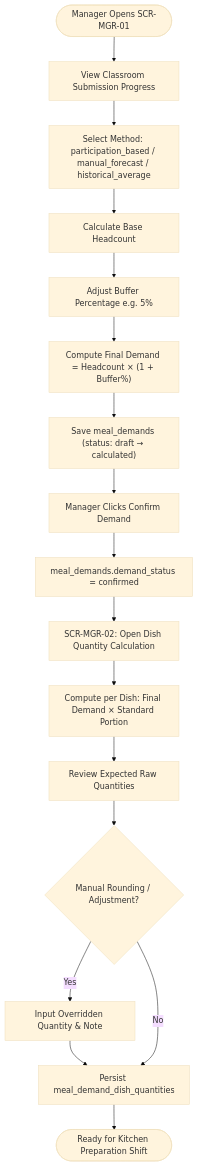
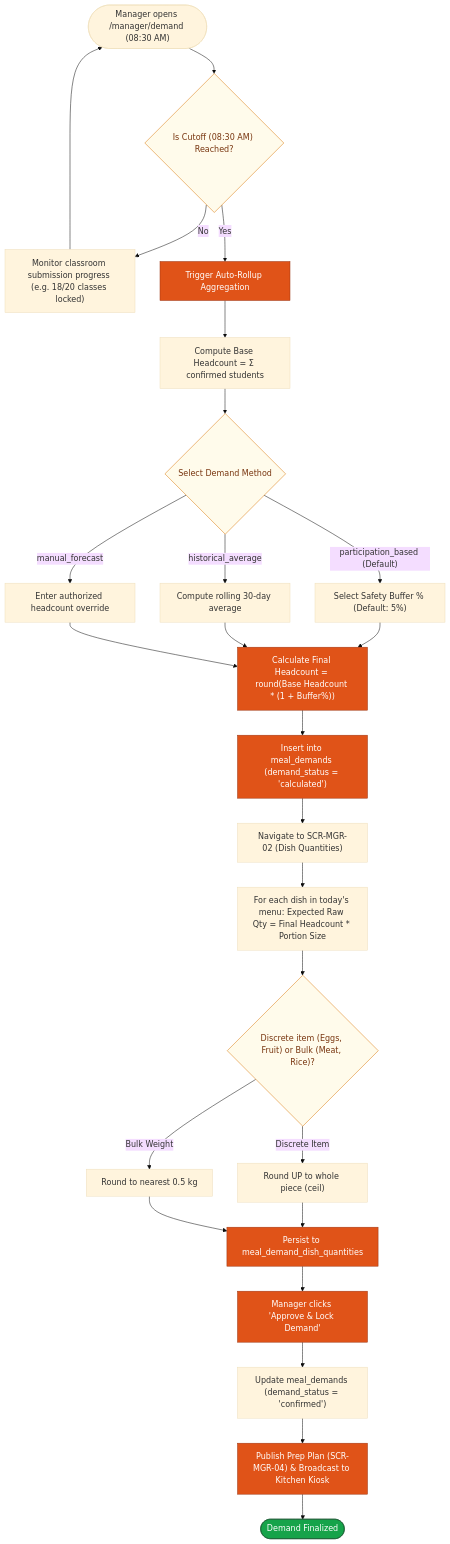
Before and after one commit to Bernie-TruongTQ/PRIMARY_SCHOOL_SEMI-BOARDING_MEAL_MANAGEMENT_SYSTEM: the second of 5 diagrams in docs/04-information-architecture/task-flows.md, drawn with Mermaid (base theme). The commit also changed other lines of this file and 6 other files, not shown here.

Commit message:
docs: add Phase 04 Information Architecture documentation suite

````diff
--- a/docs/04-information-architecture/task-flows.md
+++ b/docs/04-information-architecture/task-flows.md
@@ -49,20 +75,43 @@
 ```mermaid
 flowchart TD
-    Start([Manager Opens SCR-MGR-01]) --> MonitorProgress[View Classroom Submission Progress]
-    MonitorProgress --> SelectMethod[Select Method: participation_based / manual_forecast / historical_average]
-    SelectMethod --> CalcHeadcount[Calculate Base Headcount]
-    CalcHeadcount --> SetBuffer[Adjust Buffer Percentage e.g. 5%]
-    SetBuffer --> CalcFinalDemand["Compute Final Demand = Headcount × (1 + Buffer%)"]
-    CalcFinalDemand --> SaveDemand["Save meal_demands (status: draft → calculated)"]
-    SaveDemand --> ConfirmDemand[Manager Clicks Confirm Demand]
-    ConfirmDemand --> LockDemand["meal_demands.demand_status = confirmed"]
-    
-    LockDemand --> OpenQuantities[SCR-MGR-02: Open Dish Quantity Calculation]
-    OpenQuantities --> CalcDishes["Compute per Dish: Final Demand × Standard Portion"]
-    CalcDishes --> ReviewDishQty[Review Expected Raw Quantities]
-    ReviewDishQty --> HasOverride{Manual Rounding / Adjustment?}
-    HasOverride -->|Yes| ApplyOverride[Input Overridden Quantity & Note]
-    ApplyOverride --> SaveDishQty[Persist meal_demand_dish_quantities]
-    HasOverride -->|No| SaveDishQty
-    SaveDishQty --> ReadyForPrep([Ready for Kitchen Preparation Shift])
+    START(["Manager opens /manager/demand (08:30 AM)"]) --> CHECK_CUTOFF{"Is Cutoff (08:30 AM) Reached?"}
+
+    CHECK_CUTOFF -- No --> WAIT["Monitor classroom submission progress (e.g. 18/20 classes locked)"]
+    WAIT --> START
+
+    CHECK_CUTOFF -- Yes --> AGGREGATE["Trigger Auto-Rollup Aggregation"]
+    AGGREGATE --> SUM_HEADCOUNT["Compute Base Headcount = Σ confirmed students"]
+
+    SUM_HEADCOUNT --> CHOOSE_METHOD{"Select Demand Method"}
+    CHOOSE_METHOD -- "participation_based (Default)" --> APPLY_BUFFER["Select Safety Buffer % (Default: 5%)"]
+    CHOOSE_METHOD -- "historical_average" --> HIST_CALC["Compute rolling 30-day average"]
+    CHOOSE_METHOD -- "manual_forecast" --> MANUAL_INPUT["Enter authorized headcount override"]
+
+    APPLY_BUFFER --> CALC_FINAL["Calculate Final Headcount = round(Base Headcount * (1 + Buffer%))"]
+    HIST_CALC --> CALC_FINAL
+    MANUAL_INPUT --> CALC_FINAL
+
+    CALC_FINAL --> PERSIST_DEMAND["Insert into meal_demands (demand_status = 'calculated')"]
+
+    PERSIST_DEMAND --> NAV_QUANTITIES["Navigate to SCR-MGR-02 (Dish Quantities)"]
+    NAV_QUANTITIES --> RECIPE_LOOP["For each dish in today's menu: Expected Raw Qty = Final Headcount * Portion Size"]
+
+    RECIPE_LOOP --> ROUND_CHECK{"Discrete item (Eggs, Fruit) or Bulk (Meat, Rice)?"}
+    ROUND_CHECK -- "Discrete Item" --> CEIL_ROUND["Round UP to whole piece (ceil)"]
+    ROUND_CHECK -- "Bulk Weight" --> DEC_ROUND["Round to nearest 0.5 kg"]
+
+    CEIL_ROUND --> SAVE_QUANTITIES["Persist to meal_demand_dish_quantities"]
+    DEC_ROUND --> SAVE_QUANTITIES
+
+    SAVE_QUANTITIES --> LOCK_DEMAND["Manager clicks 'Approve & Lock Demand'"]
+    LOCK_DEMAND --> UPDATE_STATUS["Update meal_demands (demand_status = 'confirmed')"]
+    UPDATE_STATUS --> BROADCAST["Publish Prep Plan (SCR-MGR-04) & Broadcast to Kitchen Kiosk"]
+    BROADCAST --> END(["Demand Finalized"])
+
+    classDef action fill:#E05318,stroke:#9A3412,color:#FFFFFF;
+    classDef gate fill:#FFFBEB,stroke:#D97706,color:#78350F;
+    classDef finish fill:#16A34A,stroke:#14532D,color:#FFFFFF;
+    class AGGREGATE,CALC_FINAL,PERSIST_DEMAND,SAVE_QUANTITIES,LOCK_DEMAND,BROADCAST action;
+    class CHECK_CUTOFF,CHOOSE_METHOD,ROUND_CHECK gate;
+    class END finish;
 ```
````
